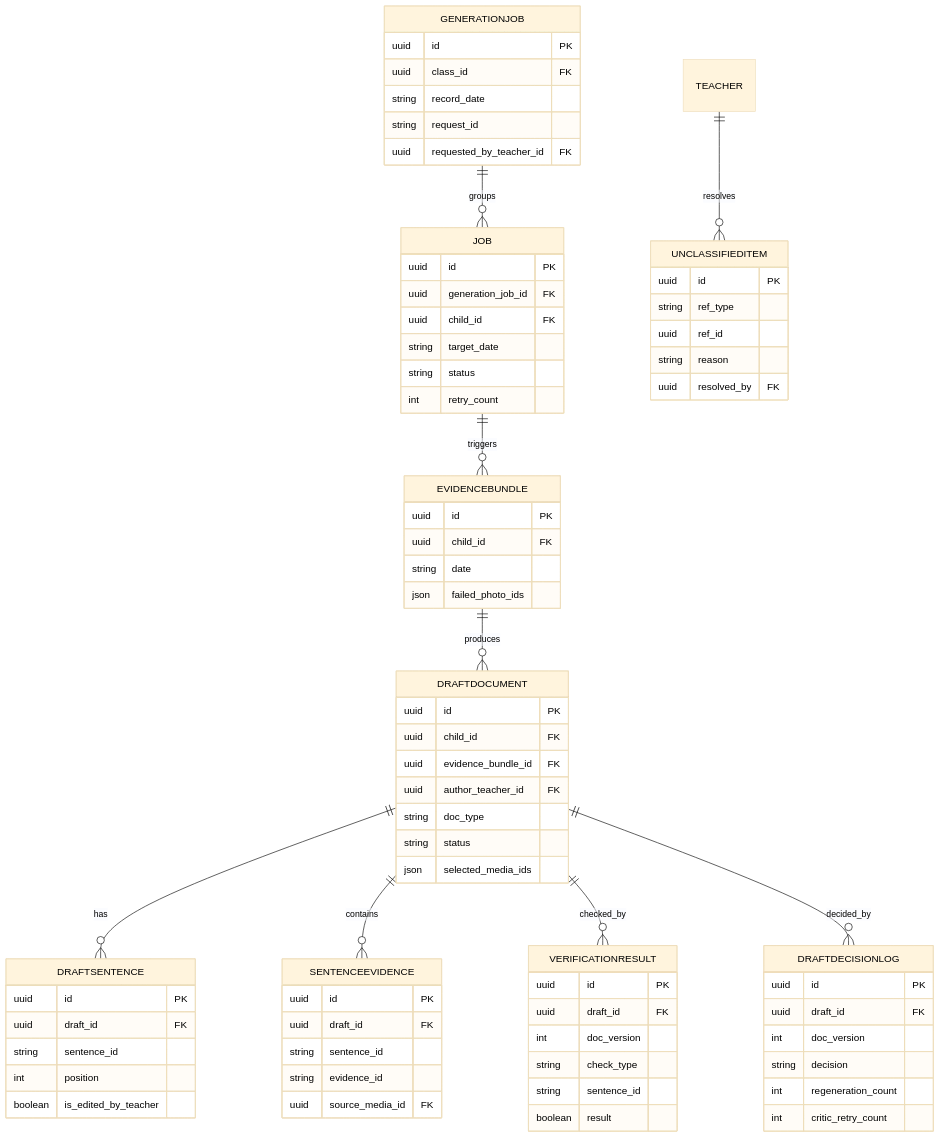
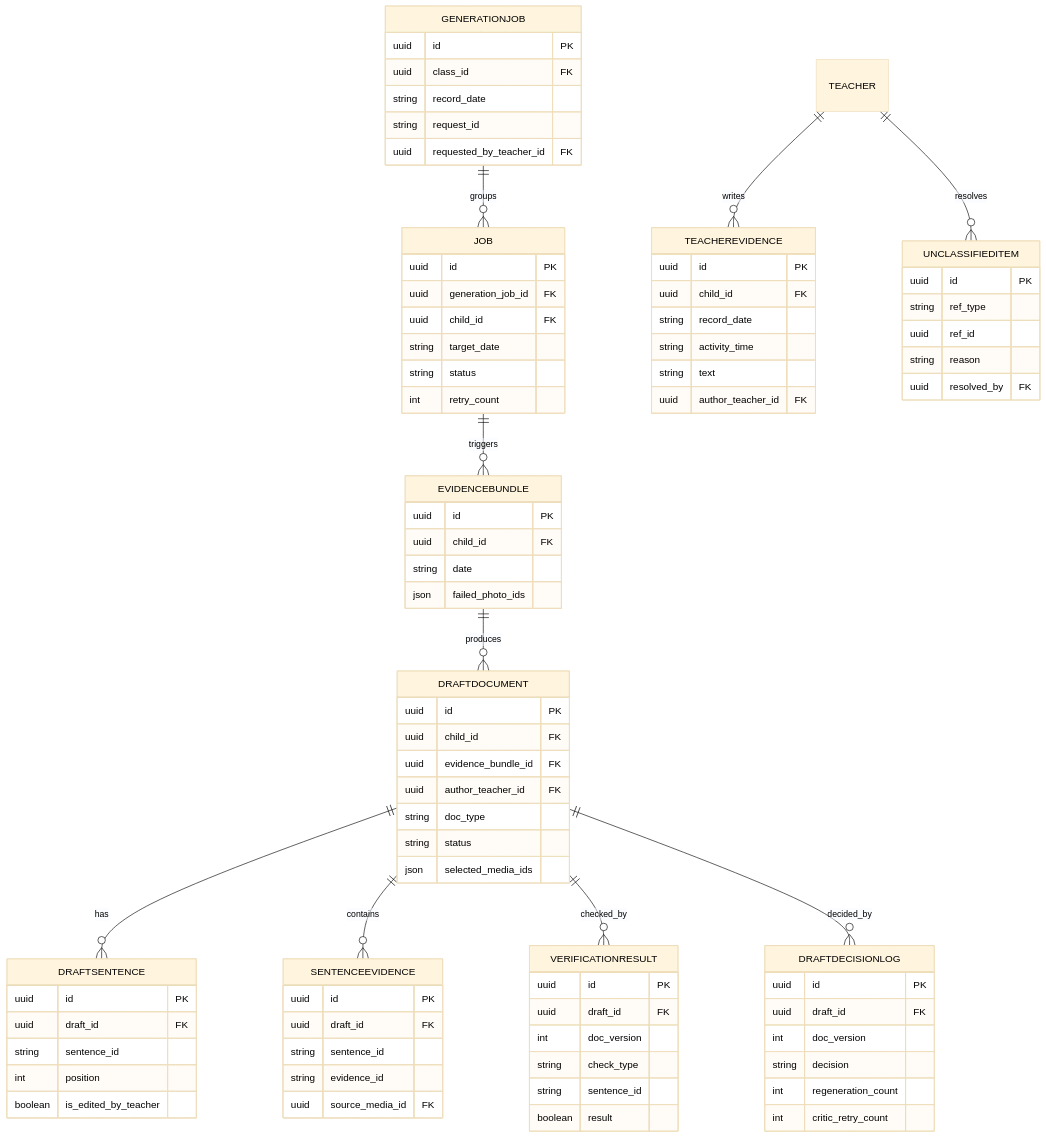
One commit to kakaotechcampus-4/ktc4-chungnam-4 changed the fourth of 9 diagrams in docs/테크스펙.md. Above: the diagram before and after it, drawn with Mermaid. The commit also changed other lines of this file and 3 other files, not shown here.

````diff
--- a/docs/테크스펙.md
+++ b/docs/테크스펙.md
@@ -637,6 +638,14 @@
     uuid child_id FK
     string date
     json failed_photo_ids
+  }
+  TEACHEREVIDENCE {
+    uuid id PK
+    uuid child_id FK
+    string record_date
+    string activity_time
+    string text
+    uuid author_teacher_id FK
   }
   DRAFTDOCUMENT {
     uuid id PK
@@ -692,4 +701,5 @@
   DRAFTDOCUMENT ||--o{ VERIFICATIONRESULT : checked_by
   DRAFTDOCUMENT ||--o{ DRAFTDECISIONLOG : decided_by
   TEACHER ||--o{ UNCLASSIFIEDITEM : resolves
+  TEACHER ||--o{ TEACHEREVIDENCE : writes
 ```
````
